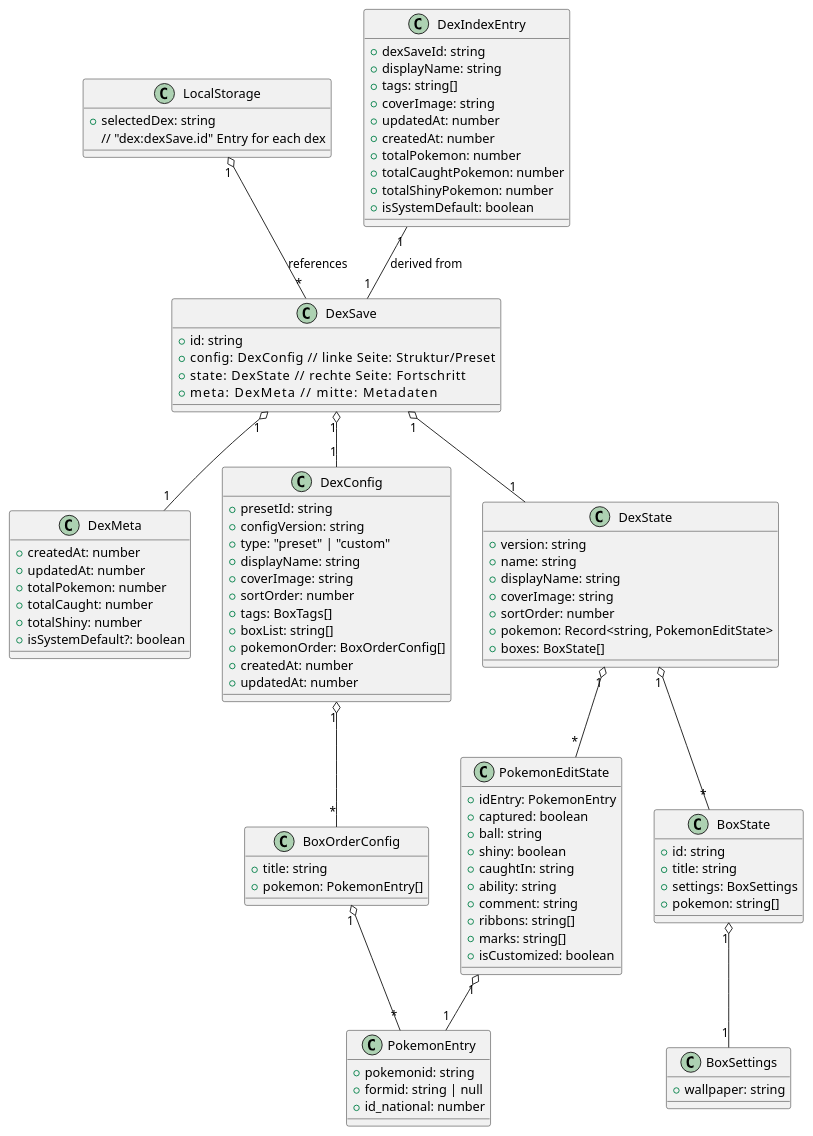
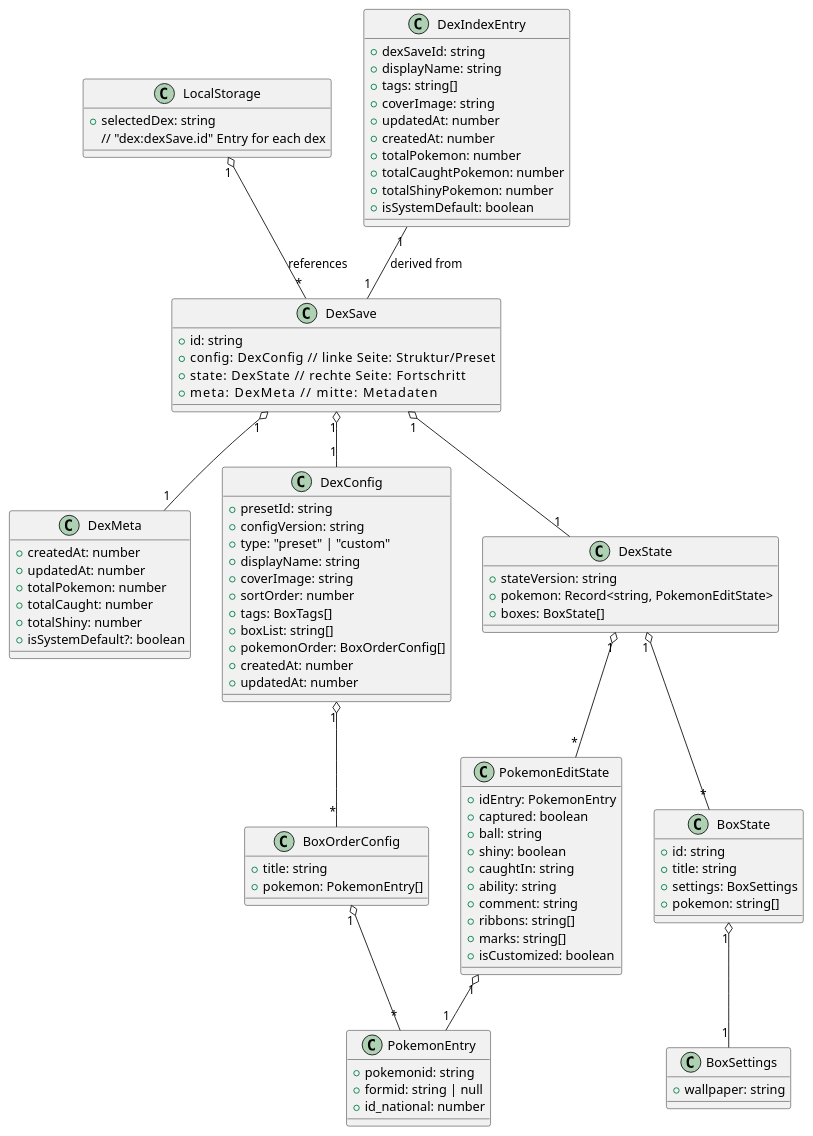
One commit to 777555777/pk-box-manager changed the diagram in docs/data-model.puml. Above: the diagram before and after it, drawn with PlantUML. The commit also changed 4 other files, not shown here.

```diff
--- a/docs/data-model.puml
+++ b/docs/data-model.puml
@@ -1,112 +1,108 @@
 @startuml
 class LocalStorage {
   +selectedDex: string
   // "dex:dexSave.id" Entry for each dex
 }
 
 class DexSave {
   +id: string
   +config: DexConfig        // linke Seite: Struktur/Preset
   +state: DexState          // rechte Seite: Fortschritt
   +meta: DexMeta            // mitte: Metadaten 
 }
 
 ' ---- Mitte: Metadaten ----
 
 class DexMeta {
   +createdAt: number
 	+updatedAt: number
 	+totalPokemon: number
 	+totalCaught: number
 	+totalShiny: number
 	+isSystemDefault?: boolean
 }
 
 ' ---- Index Entry für UI Listen ----
 class DexIndexEntry {
   +dexSaveId: string
   +displayName: string
   +tags: string[]
   +coverImage: string
   +updatedAt: number
   +createdAt: number
   +totalPokemon: number
   +totalCaughtPokemon: number
   +totalShinyPokemon: number
   +isSystemDefault: boolean
 }
 
 ' ---- Linke Seite: Struktur des Pokedex ----
 class DexConfig {
   +presetId: string
   +configVersion: string
   +type: "preset" | "custom"
   +displayName: string
   +coverImage: string
   +sortOrder: number
   +tags: BoxTags[]
   +boxList: string[]
   +pokemonOrder: BoxOrderConfig[]
   +createdAt: number
   +updatedAt: number
 }
 
 class BoxOrderConfig {
   +title: string
   +pokemon: PokemonEntry[]
 }
 
 class PokemonEntry {
   +pokemonid: string
   +formid: string | null
   +id_national: number
 }
 
 ' ---- Rechte Seite: User State ----
 class DexState {
-  +version: string
-  +name: string
-  +displayName: string
-  +coverImage: string
-  +sortOrder: number
+  +stateVersion: string
   +pokemon: Record<string, PokemonEditState>
   +boxes: BoxState[]
 }
 
 class PokemonEditState {
   +idEntry: PokemonEntry
   +captured: boolean
   +ball: string
   +shiny: boolean
   +caughtIn: string
   +ability: string
   +comment: string
   +ribbons: string[]
   +marks: string[]
   +isCustomized: boolean
 }
 
 class BoxState {
   +id: string
   +title: string
   +settings: BoxSettings
   +pokemon: string[]
 }
 
 class BoxSettings {
   +wallpaper: string
 }
 
 ' ---- Beziehungen ----
 LocalStorage "1" o-- "*" DexSave : references
 DexSave "1" o-- "1" DexConfig
 DexSave "1" o-- "1" DexMeta
 DexSave "1" o-- "1" DexState
 DexIndexEntry "1" -- "1" DexSave : derived from
 DexConfig "1" o-- "*" BoxOrderConfig
 BoxOrderConfig "1" o-- "*" PokemonEntry
 DexState "1" o-- "*" PokemonEditState
 DexState "1" o-- "*" BoxState
 BoxState "1" o-- "1" BoxSettings
 PokemonEditState "1" o-- "1" PokemonEntry
 @enduml
```
